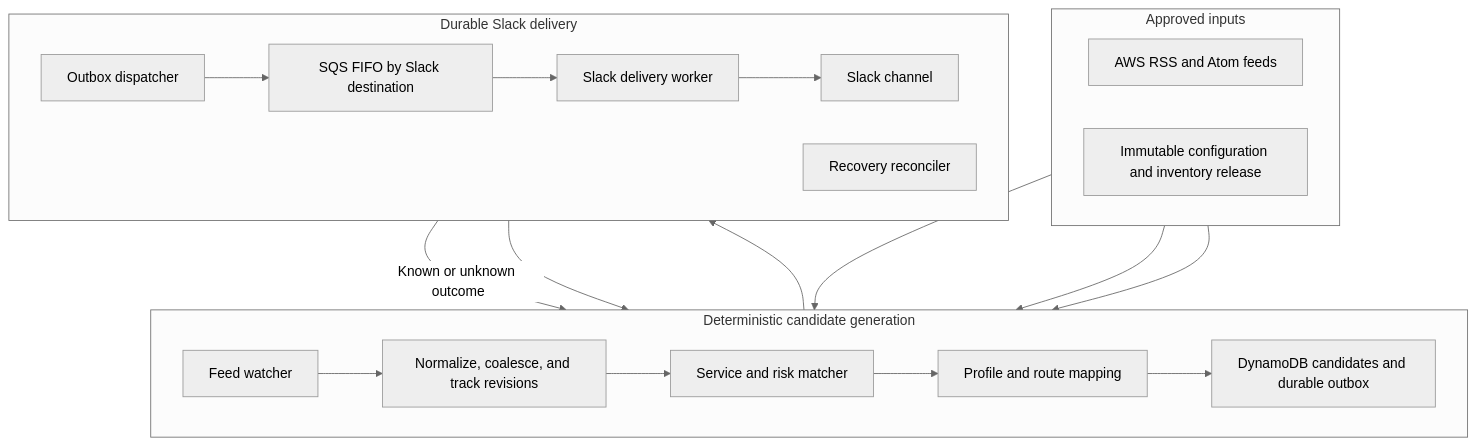
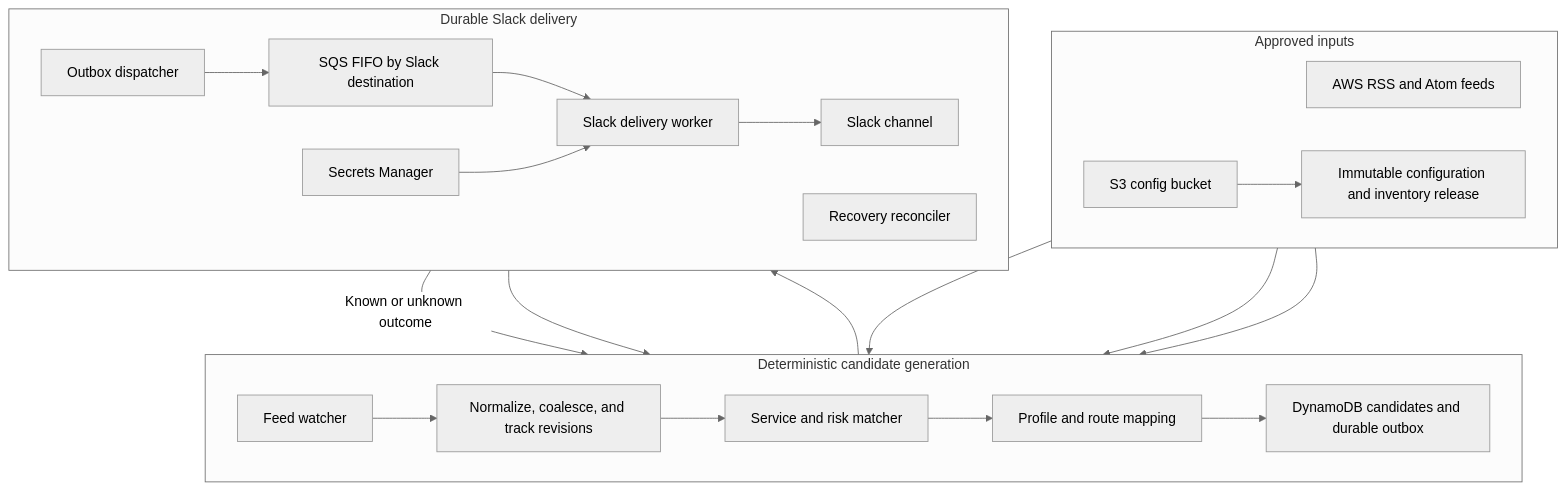
The diagram in site/architecture.mmd (lilabrooks/aws-public-change-feed), drawn with Mermaid (neutral theme) before and after one commit. The commit also changed 34 other files, not shown here.

```diff
--- a/site/architecture.mmd
+++ b/site/architecture.mmd
@@ -1,32 +1,33 @@
 flowchart TB
     accTitle: AWS Public Change Alerting processing flow
-    accDescr: Approved public AWS feeds and an immutable configuration release enter deterministic processing. Route-scoped candidates are stored in DynamoDB, dispatched through SQS FIFO, and delivered to Slack with recovery state retained in DynamoDB.
+    accDescr: Approved public AWS feeds and an immutable configuration release from S3 enter deterministic processing. Route-scoped candidates are stored in DynamoDB, dispatched through SQS FIFO, and delivered to Slack. The worker reads Slack credentials from Secrets Manager. Recovery state returns to DynamoDB.
 
     subgraph Inputs["Approved inputs"]
         direction LR
         Feeds["AWS RSS and Atom feeds"]
-        Release["Immutable configuration and inventory release"]
+        S3["S3 config bucket"] --> Release["Immutable configuration and inventory release"]
     end
 
     subgraph Decisioning["Deterministic candidate generation"]
         direction LR
         Watcher["Feed watcher"] --> Normalize["Normalize, coalesce, and track revisions"]
         Normalize --> Matcher["Service and risk matcher"]
         Matcher --> Routes["Profile and route mapping"]
         Routes --> Outbox["DynamoDB candidates and durable outbox"]
     end
 
     subgraph Delivery["Durable Slack delivery"]
         direction LR
         Dispatcher["Outbox dispatcher"] --> Queue["SQS FIFO by Slack destination"]
         Queue --> Worker["Slack delivery worker"]
         Worker --> Slack["Slack channel"]
         Reconciler["Recovery reconciler"]
+        Secrets["Secrets Manager"] --> Worker
     end
 
     Feeds --> Watcher
     Release --> Watcher
     Release --> Matcher
     Outbox --> Dispatcher
     Worker -->|"Known or unknown outcome"| Outbox
     Reconciler --> Outbox
```
